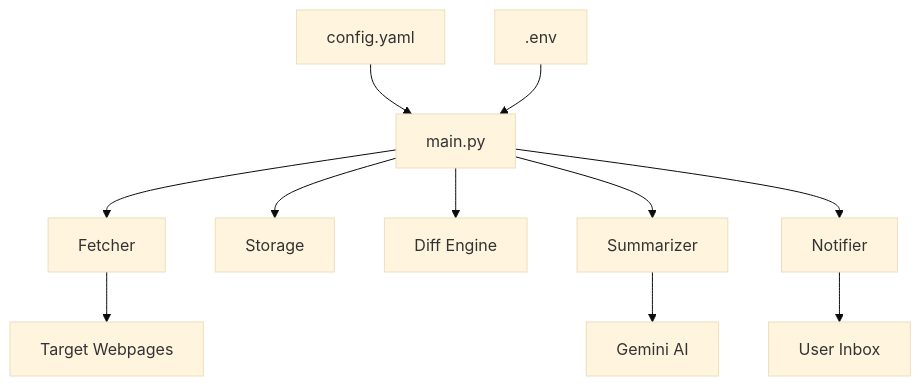
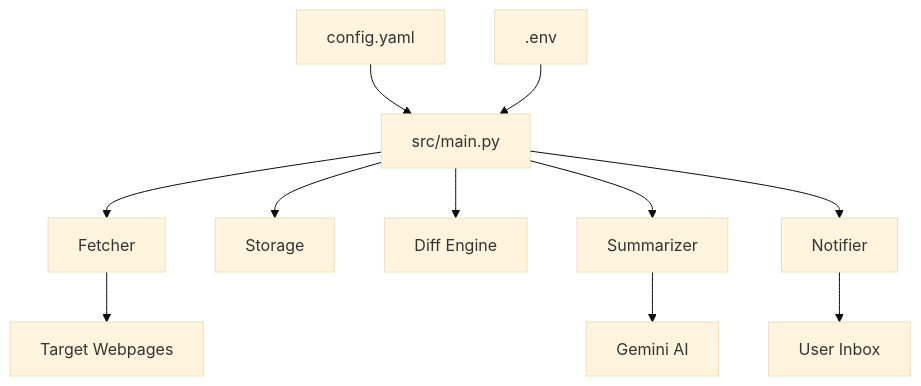
The diagram in README.md (henryhyunwookim/webpage-monitor), drawn with Mermaid (base theme) before and after one commit. The commit also changed other lines of this file and 9 other files, not shown here.

````diff
--- a/README.md
+++ b/README.md
@@ -52,15 +52,15 @@
 ```mermaid
 graph TD
-    M["main.py"] --> F["Fetcher"]
+    M["src/main.py"] --> F["Fetcher"]
     M --> S["Storage"]
     M --> D["Diff Engine"]
     M --> AI["Summarizer"]
     M --> N["Notifier"]
 
     C["config.yaml"] --> M
     E[".env"] --> M
     
     F --> WEB["Target Webpages"]
     AI --> SUM["Gemini AI"]
     N --> EMAIL["User Inbox"]
 ```
````
